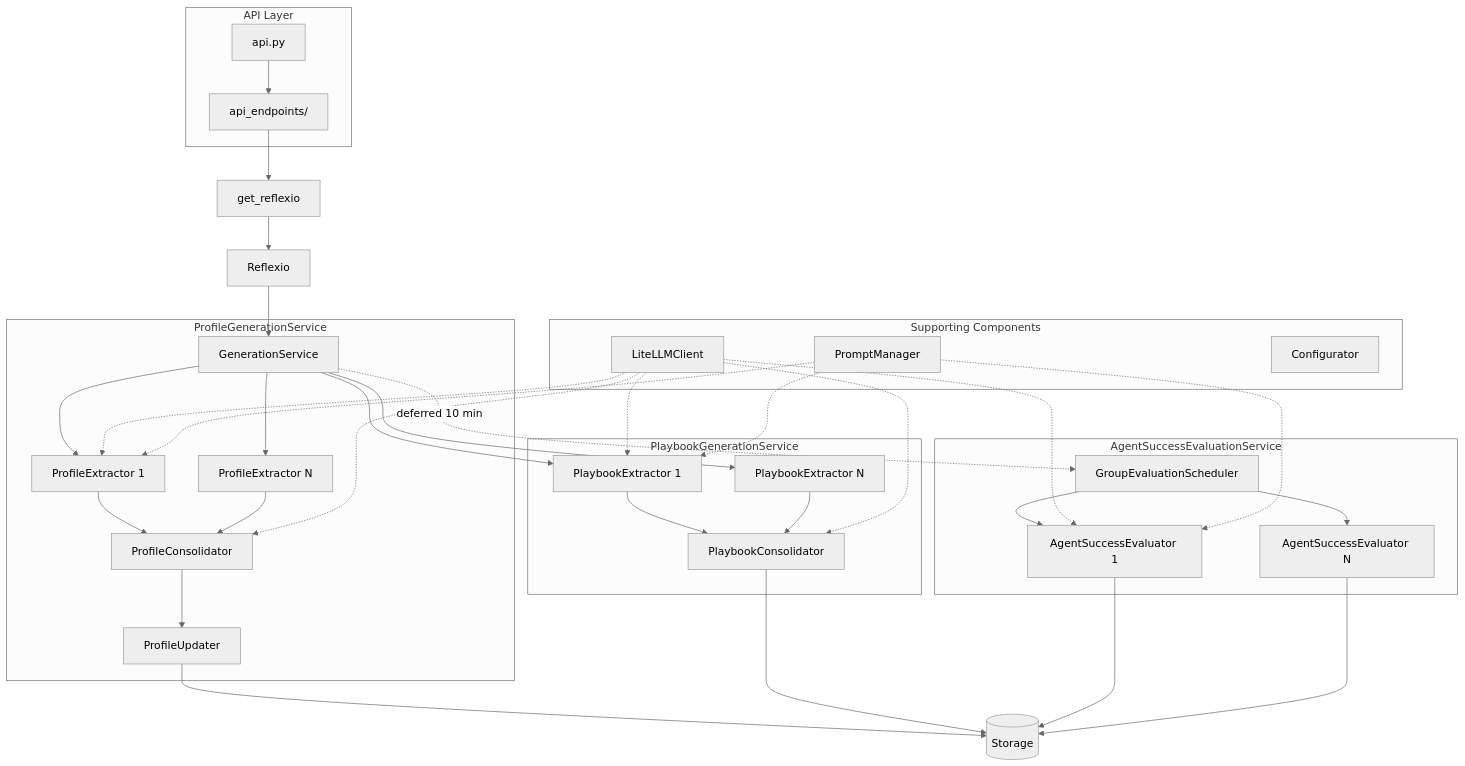
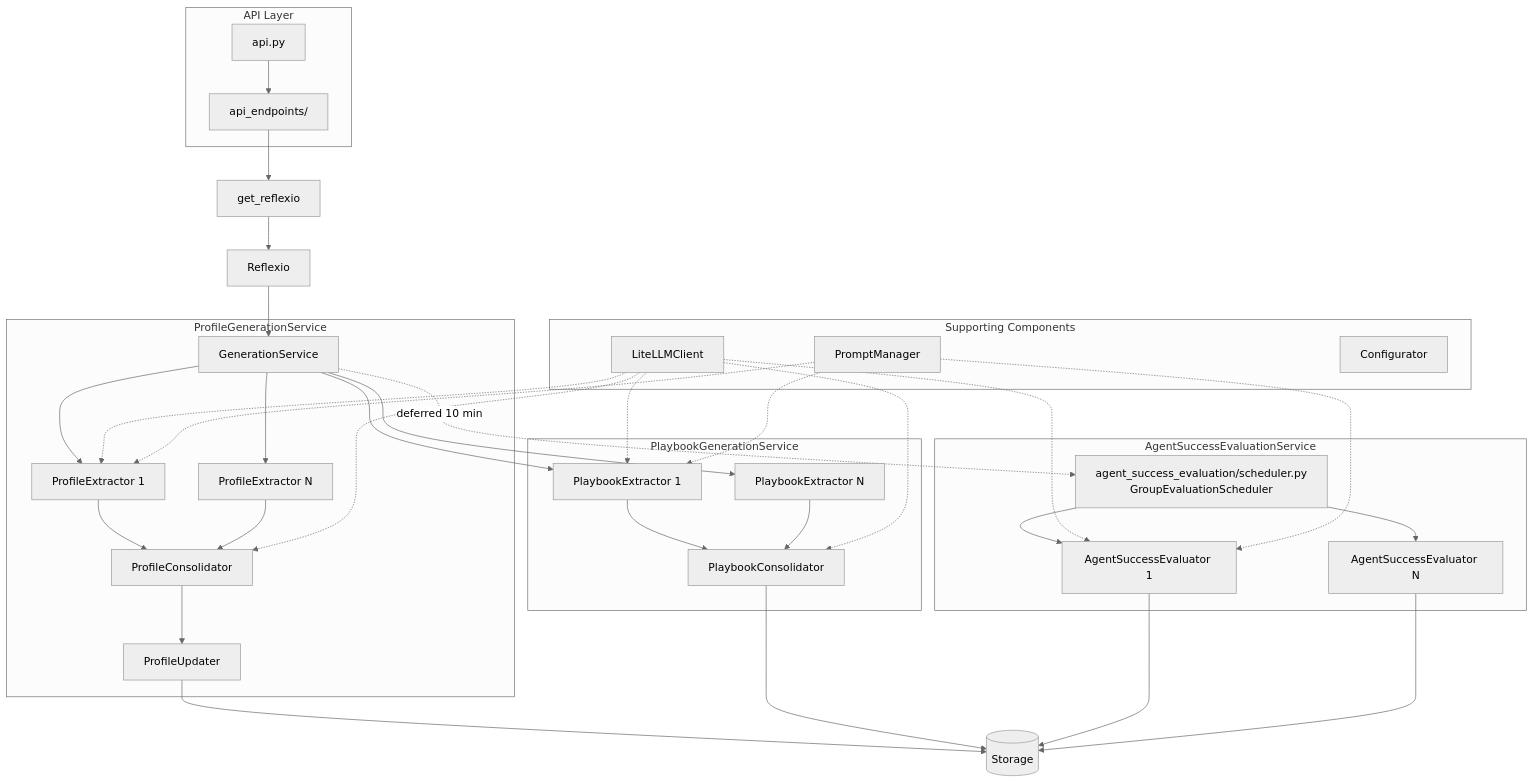
Before and after one commit to ReflexioAI/reflexio: the diagram in reflexio/server/README.md, drawn with Mermaid (neutral theme). The commit also changed other lines of this file and 10 other files, not shown here.

Commit message:
docs(evaluation): document agent success module shape

````diff
--- a/reflexio/server/README.md
+++ b/reflexio/server/README.md
@@ -533,51 +533,51 @@
 ```mermaid
 flowchart TB
     subgraph API["API Layer"]
         A[api.py] --> B[api_endpoints/]
     end
 
     B --> C[get_reflexio]
     C --> D[Reflexio]
     D --> E[GenerationService]
 
     subgraph ProfileService["ProfileGenerationService"]
         E --> F1[ProfileExtractor 1]
         E --> F2[ProfileExtractor N]
         F1 --> PC[ProfileConsolidator]
         F2 --> PC
         PC --> PU[ProfileUpdater]
     end
 
     subgraph PlaybookService["PlaybookGenerationService"]
         E --> G1[PlaybookExtractor 1]
         E --> G2[PlaybookExtractor N]
         G1 --> FD[PlaybookConsolidator]
         G2 --> FD
     end
 
     subgraph EvalService["AgentSuccessEvaluationService"]
-        E -.->|deferred 10 min| SCH[GroupEvaluationScheduler]
+        E -.->|deferred 10 min| SCH[agent_success_evaluation/scheduler.py<br/>GroupEvaluationScheduler]
         SCH --> H1[AgentSuccessEvaluator 1]
         SCH --> H2[AgentSuccessEvaluator N]
     end
 
     PU --> I[(Storage)]
     FD --> I
     H1 --> I
     H2 --> I
 
     subgraph Support["Supporting Components"]
         J[LiteLLMClient]
         K[PromptManager]
         L[Configurator]
     end
 
     J -.-> F1
     J -.-> G1
     J -.-> H1
     J -.-> PC
     J -.-> FD
     K -.-> F1
     K -.-> G1
     K -.-> H1
 ```
````
